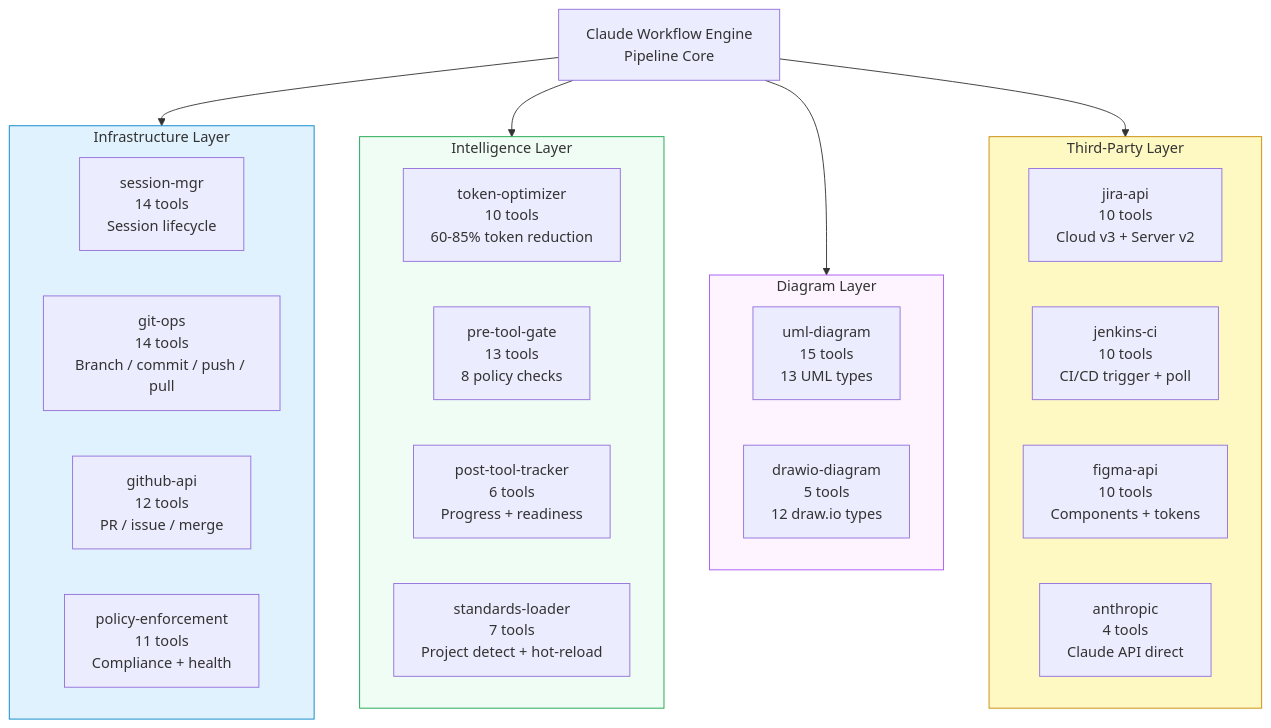
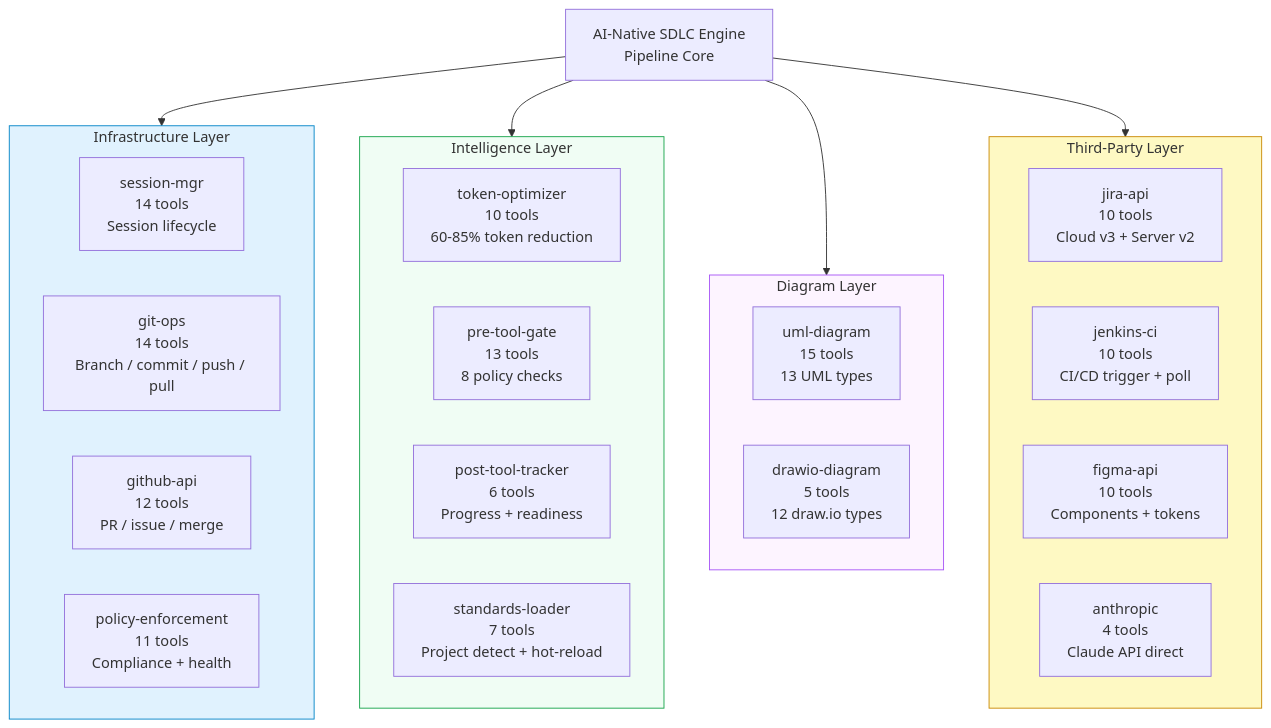
The ninth of 10 diagrams in PIPELINE_ARCHITECTURE.md (techdeveloper-org/ai-native-sdlc-engine), drawn with Mermaid before and after one commit. The commit also changed other lines of this file and 150 other files, not shown here.

Commit message:
refactor: complete sweep of claude-workflow-engine to ai-native-sdlc-engine (#331)

````diff
--- a/PIPELINE_ARCHITECTURE.md
+++ b/PIPELINE_ARCHITECTURE.md
@@ -317,40 +317,40 @@
 ```mermaid
 graph TD
-    CWE["Claude Workflow Engine\nPipeline Core"]
+    CWE["AI-Native SDLC Engine\nPipeline Core"]
 
     subgraph INFRA["Infrastructure Layer"]
         SM["session-mgr\n14 tools\nSession lifecycle"]
         GO["git-ops\n14 tools\nBranch / commit / push / pull"]
         GA["github-api\n12 tools\nPR / issue / merge"]
         PE["policy-enforcement\n11 tools\nCompliance + health"]
     end
 
     subgraph INTEL["Intelligence Layer"]
         TO["token-optimizer\n10 tools\n60-85% token reduction"]
         PTG["pre-tool-gate\n13 tools\n8 policy checks"]
         PTT["post-tool-tracker\n6 tools\nProgress + readiness"]
         SL["standards-loader\n7 tools\nProject detect + hot-reload"]
     end
 
     subgraph DIAG["Diagram Layer"]
         UML["uml-diagram\n15 tools\n13 UML types"]
         DIO["drawio-diagram\n5 tools\n12 draw.io types"]
     end
 
     subgraph THIRD["Third-Party Layer"]
         JR["jira-api\n10 tools\nCloud v3 + Server v2"]
         JK["jenkins-ci\n10 tools\nCI/CD trigger + poll"]
         FG["figma-api\n10 tools\nComponents + tokens"]
         AN["anthropic\n4 tools\nClaude API direct"]
     end
 
     CWE --> INFRA
     CWE --> INTEL
     CWE --> DIAG
     CWE --> THIRD
 
     style INFRA fill:#e0f2fe,stroke:#0284c7
     style INTEL fill:#f0fdf4,stroke:#16a34a
     style DIAG  fill:#fdf4ff,stroke:#a855f7
     style THIRD fill:#fef9c3,stroke:#ca8a04
 ```
````
